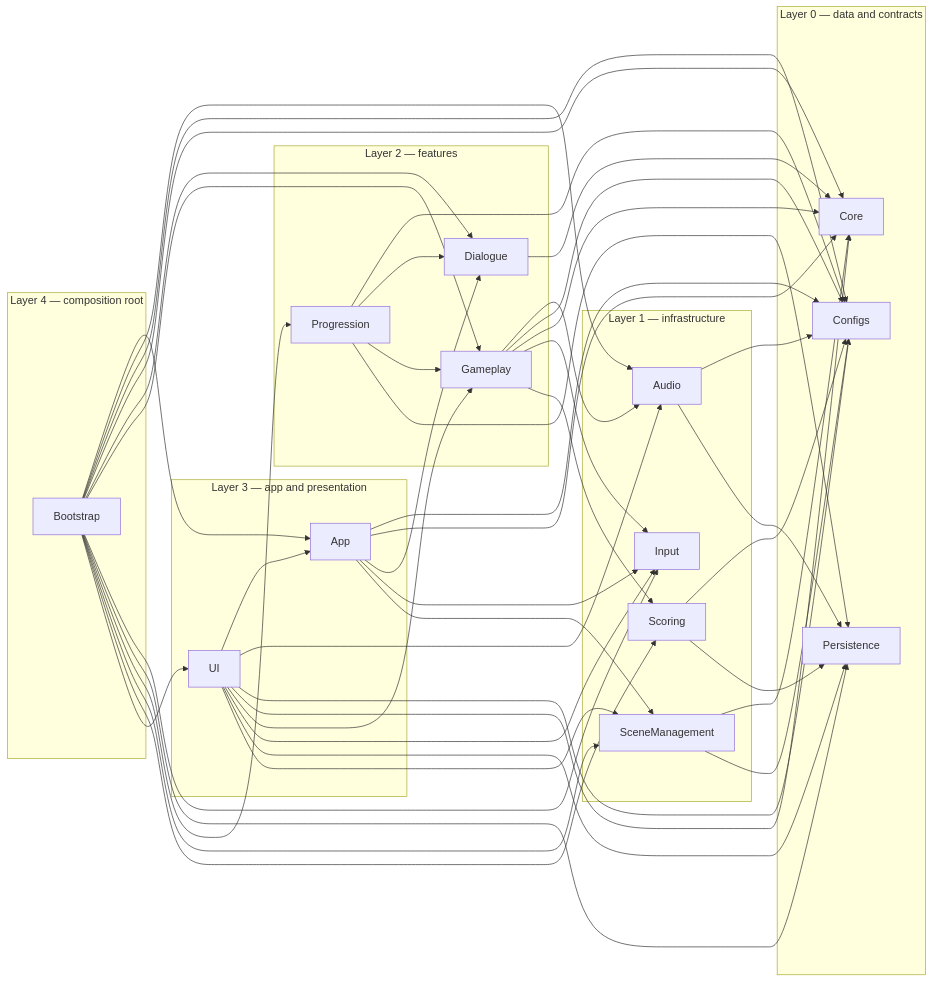
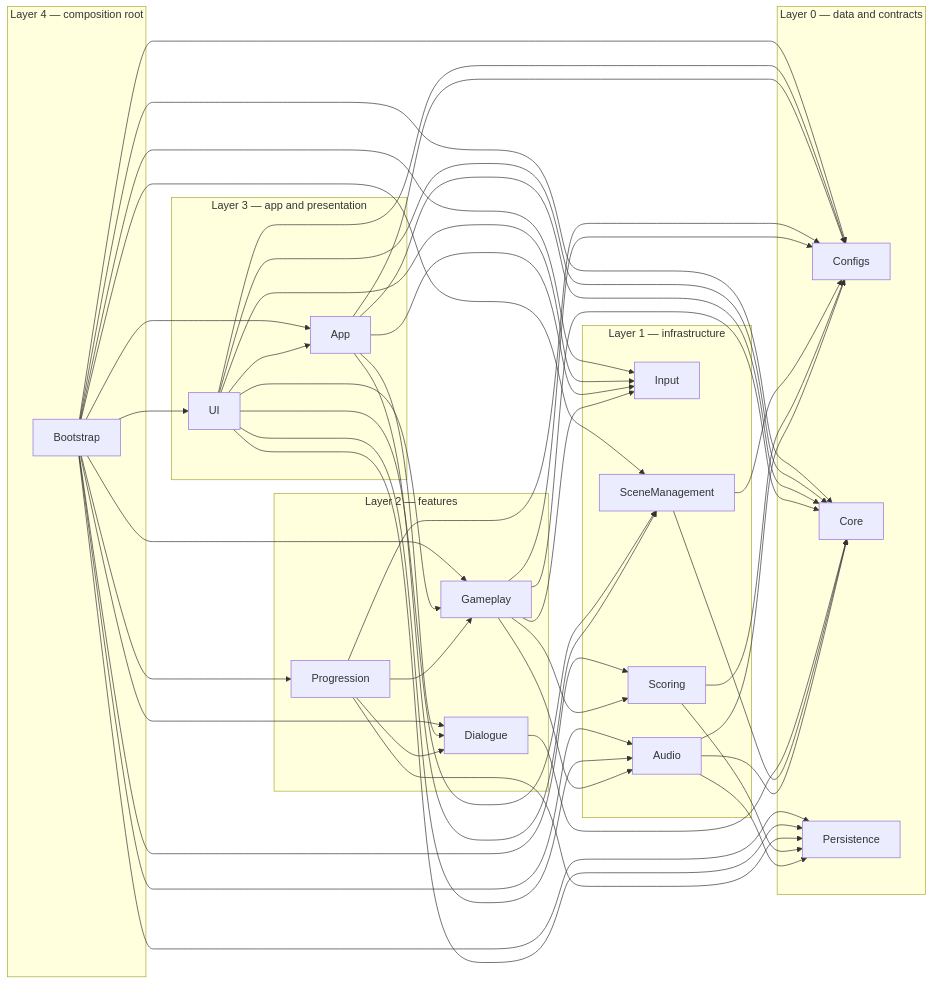
The diagram in README.md (ruslanguba/DreamVille), drawn with Mermaid before and after one commit. The commit also changed other lines of this file and 2 other files, not shown here.

First line of the commit message:
docs: correct ADR facts, README layer graph and test count

````diff
--- a/README.md
+++ b/README.md
@@ -52,72 +52,73 @@
 ```mermaid
 graph LR
     subgraph L0["Layer 0 — data and contracts"]
         Configs[Configs]
         Core[Core]
         Persistence[Persistence]
     end
 
     subgraph L1["Layer 1 — infrastructure"]
         Input[Input]
         Audio[Audio]
         Scoring[Scoring]
         SceneManagement[SceneManagement]
     end
 
     subgraph L2["Layer 2 — features"]
         Gameplay[Gameplay]
         Dialogue[Dialogue]
         Progression[Progression]
     end
 
     subgraph L3["Layer 3 — app and presentation"]
         App[App]
         UI[UI]
     end
 
     subgraph L4["Layer 4 — composition root"]
         Bootstrap[Bootstrap]
     end
 
     Audio --> Configs
+    Audio --> Core
     Audio --> Persistence
     Scoring --> Configs
     Scoring --> Persistence
     SceneManagement --> Core
     SceneManagement --> Configs
     Dialogue --> Core
     Gameplay --> Audio
     Gameplay --> Configs
     Gameplay --> Core
     Gameplay --> Input
     Gameplay --> Scoring
     Progression --> Configs
     Progression --> Dialogue
     Progression --> Gameplay
     Progression --> Persistence
     App --> Configs
     App --> Core
     App --> Dialogue
     App --> Input
     App --> SceneManagement
     UI --> App
     UI --> Audio
     UI --> Configs
     UI --> Core
     UI --> Gameplay
     UI --> Input
     UI --> Persistence
     UI --> SceneManagement
     Bootstrap --> App
     Bootstrap --> Audio
     Bootstrap --> Configs
     Bootstrap --> Core
     Bootstrap --> Dialogue
     Bootstrap --> Gameplay
     Bootstrap --> Input
     Bootstrap --> Persistence
     Bootstrap --> Progression
     Bootstrap --> SceneManagement
     Bootstrap --> Scoring
     Bootstrap --> UI
 ```
````
